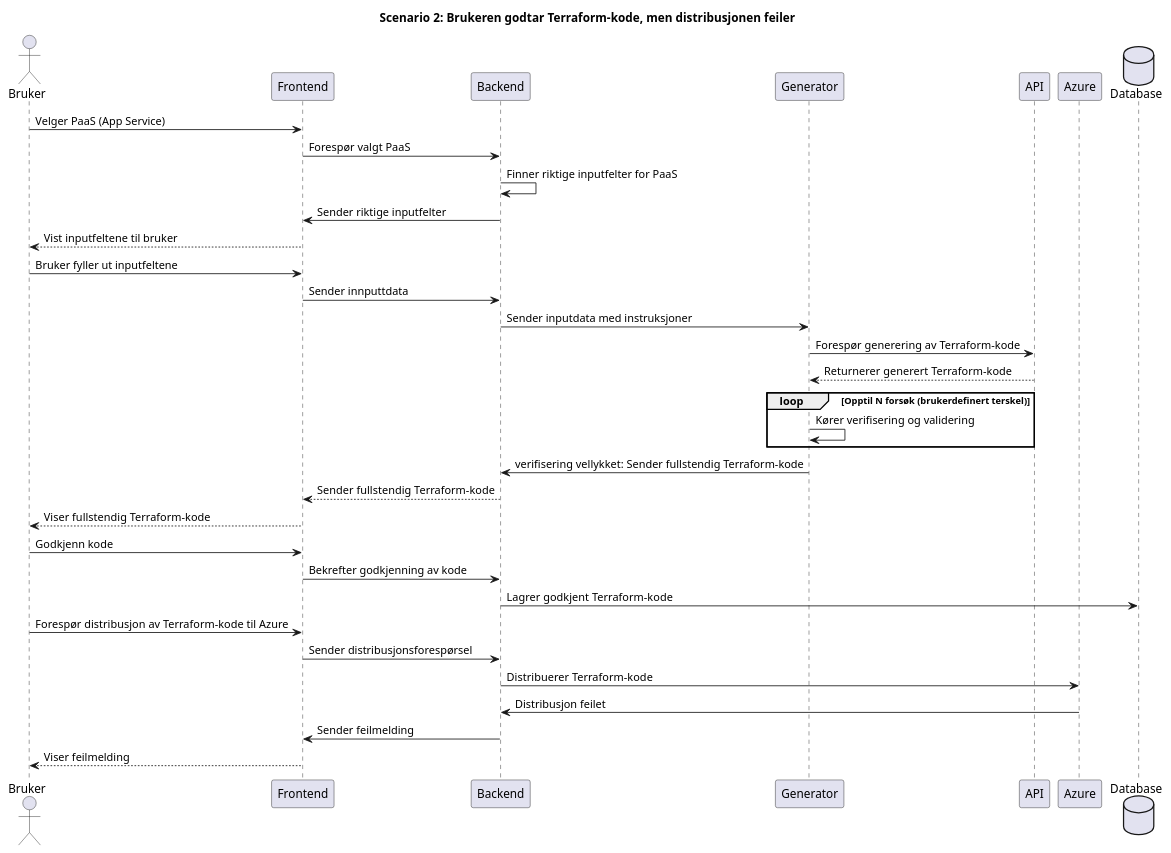
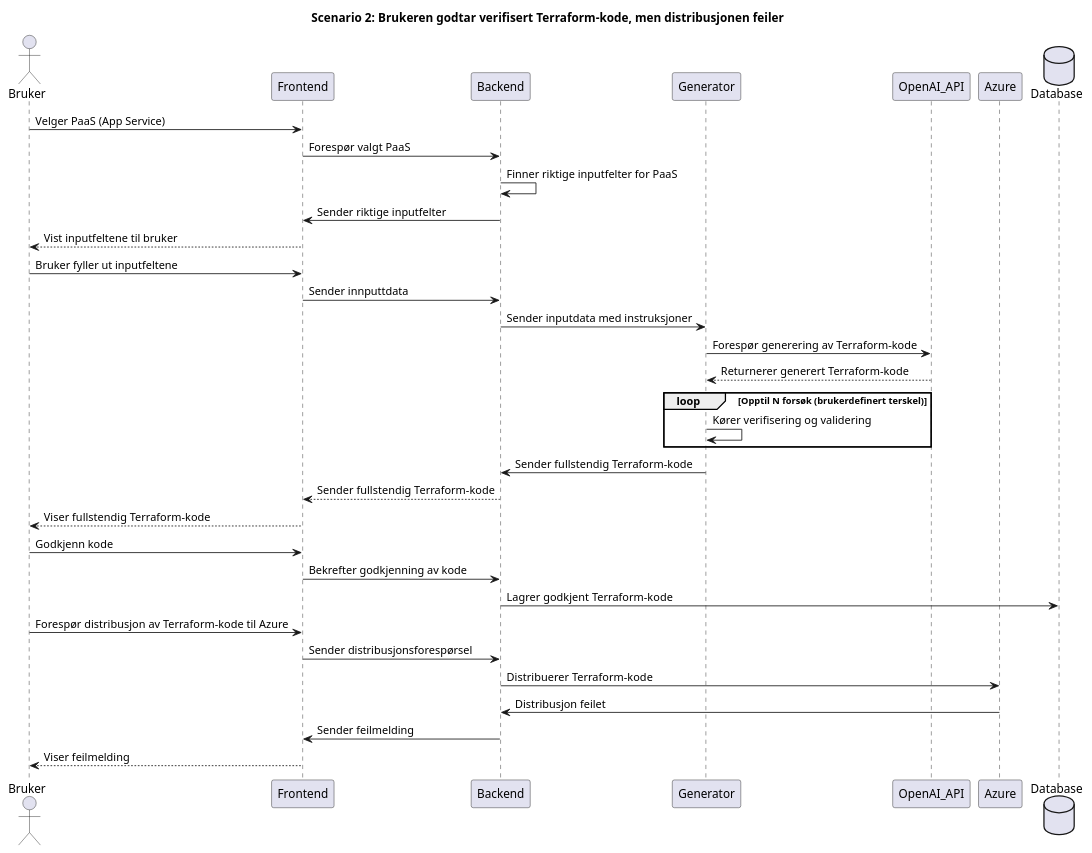
One commit to Bachelor-B25ITK12/Diagrammer changed the diagram in UML_Diagrammer/Applikasjonsflyt-LLM-v3/distribusjon_feiler.puml. Above: the diagram before and after it, drawn with PlantUML. The commit also changed 7 other files, not shown here.

Commit message:
gjorde noen forbedringer av sekvensdiagrammen for LLM-, samt manuelle-genereringen.

```diff
--- a/UML_Diagrammer/Applikasjonsflyt-LLM-v3/distribusjon_feiler.puml
+++ b/UML_Diagrammer/Applikasjonsflyt-LLM-v3/distribusjon_feiler.puml
@@ -1,46 +1,47 @@
 @startuml
-title Scenario 2: Brukeren godtar Terraform-kode, men distribusjonen feiler
+title Scenario 2: Brukeren godtar verifisert Terraform-kode, men distribusjonen feiler
 
 actor           Bruker          as  Bruker
 participant     Frontend        as  Frontend
 participant     Backend         as  Backend
 participant     Generator       as  Generator
-participant     API             as  API
+participant     OpenAI_API      as  OpenAI_API
 participant     Azure           as  Azure
 database        Database        as  Database
 
 Bruker        ->      Frontend        :   Velger PaaS (App Service)
 Frontend      ->      Backend         :   Forespør valgt PaaS
 Backend       ->      Backend         :   Finner riktige inputfelter for PaaS
 Backend       ->      Frontend        :   Sender riktige inputfelter
 Frontend      -->     Bruker          :   Vist inputfeltene til bruker
 Bruker        ->      Frontend        :   Bruker fyller ut inputfeltene
 Frontend      ->      Backend         :   Sender innputtdata
 Backend       ->      Generator       :   Sender inputdata med instruksjoner
 
-' Kommunikasjon med LLM API for generering av Terraform-kode '
-Generator    ->      API             :   Forespør generering av Terraform-kode
-API          -->     Generator       :   Returnerer generert Terraform-kode
 
-' Terraform validering '
+Generator    ->      OpenAI_API             :   Forespør generering av Terraform-kode
+OpenAI_API          -->     Generator       :   Returnerer generert Terraform-kode
+
+
 loop Opptil N forsøk (brukerdefinert terskel)
     Generator   ->      Generator   :   Kører verifisering og validering
 end loop
 
-' Verifisering vellykket '
-    Generator   ->      Backend     :   verifisering vellykket: Sender fullstendig Terraform-kode
+
+    Generator   ->      Backend     :   Sender fullstendig Terraform-kode
     Backend     -->     Frontend    :   Sender fullstendig Terraform-kode
     Frontend    -->     Bruker      :   Viser fullstendig Terraform-kode
     Bruker      ->      Frontend    :   Godkjenn kode
-' Etter godkjenning av Terraform-kode'
+
+
 Frontend    ->      Backend         :   Bekrefter godkjenning av kode
 Backend     ->      Database        :   Lagrer godkjent Terraform-kode
 Bruker      ->      Frontend        :   Forespør distribusjon av Terraform-kode til Azure
 Frontend    ->      Backend         :   Sender distribusjonsforespørsel
 Backend     ->      Azure           :   Distribuerer Terraform-kode
 
-' Distribusjon feiler '
+
 Azure       ->      Backend         :   Distribusjon feilet
 Backend     ->      Frontend        :   Sender feilmelding
 Frontend    -->     Bruker          :   Viser feilmelding
 @enduml
```
